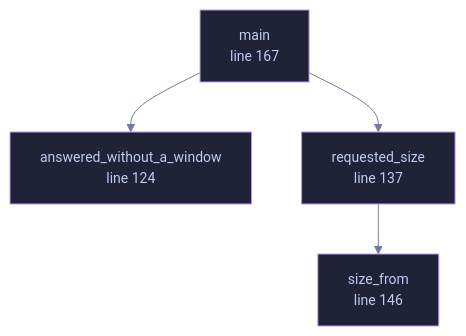
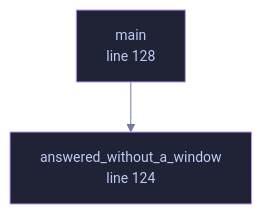
The diagram in docs/files/veilvoice-gui/main.md (tilas01/veilvoice), drawn with Mermaid before and after one commit. The commit also changed other lines of this file and 118 other files, not shown here.

````diff
--- a/docs/files/veilvoice-gui/main.md
+++ b/docs/files/veilvoice-gui/main.md
@@ -89,19 +89,13 @@
 ```mermaid
 %%{init: {"theme":"base","themeVariables":{"background":"#1a1b26","primaryColor":"#1f2335","primaryTextColor":"#c0caf5","primaryBorderColor":"#7aa2f7","secondaryColor":"#16161e","tertiaryColor":"#16161e","lineColor":"#737aa2","textColor":"#c0caf5","mainBkg":"#1f2335","nodeBorder":"#7aa2f7","clusterBkg":"#16161e","clusterBorder":"#2f3549","fontFamily":"ui-monospace, SFMono-Regular, Consolas, monospace","fontSize":"14px"}}}%%
 flowchart TD
     n_answered_without_a_window["answered_without_a_window<br/>line 109"]
     n_answered_without_a_window["answered_without_a_window<br/>line 124"]
-    n_requested_size["requested_size<br/>line 137"]
-    n_size_from["size_from<br/>line 146"]
-    n_main["main<br/>line 167"]
+    n_main["main<br/>line 128"]
     n_main --> n_answered_without_a_window
-    n_main --> n_requested_size
-    n_requested_size --> n_size_from
     click n_answered_without_a_window href "https://github.com/tilas01/veilvoice/blob/main/crates/veilvoice-gui/src/main.rs#L109" "open the source"
     click n_answered_without_a_window href "https://github.com/tilas01/veilvoice/blob/main/crates/veilvoice-gui/src/main.rs#L124" "open the source"
-    click n_requested_size href "https://github.com/tilas01/veilvoice/blob/main/crates/veilvoice-gui/src/main.rs#L137" "open the source"
-    click n_size_from href "https://github.com/tilas01/veilvoice/blob/main/crates/veilvoice-gui/src/main.rs#L146" "open the source"
-    click n_main href "https://github.com/tilas01/veilvoice/blob/main/crates/veilvoice-gui/src/main.rs#L167" "open the source"
+    click n_main href "https://github.com/tilas01/veilvoice/blob/main/crates/veilvoice-gui/src/main.rs#L128" "open the source"
     classDef helper fill:#1f2335,stroke:#bb9af7,color:#c0caf5
-    class n_answered_without_a_window,n_answered_without_a_window,n_requested_size,n_size_from,n_main helper
+    class n_answered_without_a_window,n_answered_without_a_window,n_main helper
 ```
````
